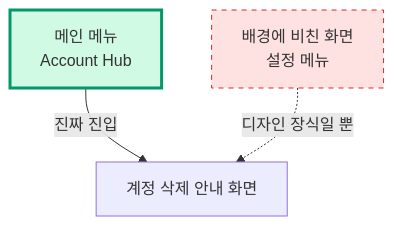
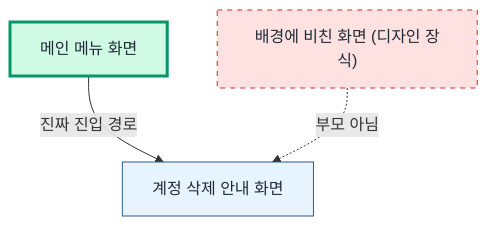
The fifth of 7 diagrams in content/diary/c/1.md (linisia/eric-company), drawn with Mermaid before and after one commit. The commit also changed other lines of this file and 1 other file, not shown here.

````diff
--- a/content/diary/c/1.md
+++ b/content/diary/c/1.md
@@ -119,7 +125,8 @@
 ```mermaid
 flowchart TD
-    A[메인 메뉴<br/>Account Hub] -->|진짜 진입| B[계정 삭제 안내 화면]
-    C[배경에 비친 화면<br/>설정 메뉴] -.->|디자인 장식일 뿐| B
-    style A fill:#d1fae5,stroke:#059669,stroke-width:3px
-    style C fill:#fee2e2,stroke:#dc2626,stroke-dasharray: 5 5
+    A["메인 메뉴 화면"] -->|"진짜 진입 경로"| B["계정 삭제 안내 화면"]
+    C["배경에 비친 화면 (디자인 장식)"] -.->|"부모 아님"| B
+    style A fill:#d1fae5,stroke:#059669,stroke-width:3px,color:#1f2937
+    style B fill:#e8f4fd,stroke:#2c5e8f,color:#1f2937
+    style C fill:#fee2e2,stroke:#dc2626,stroke-dasharray: 5 5,color:#1f2937
 ```
````
